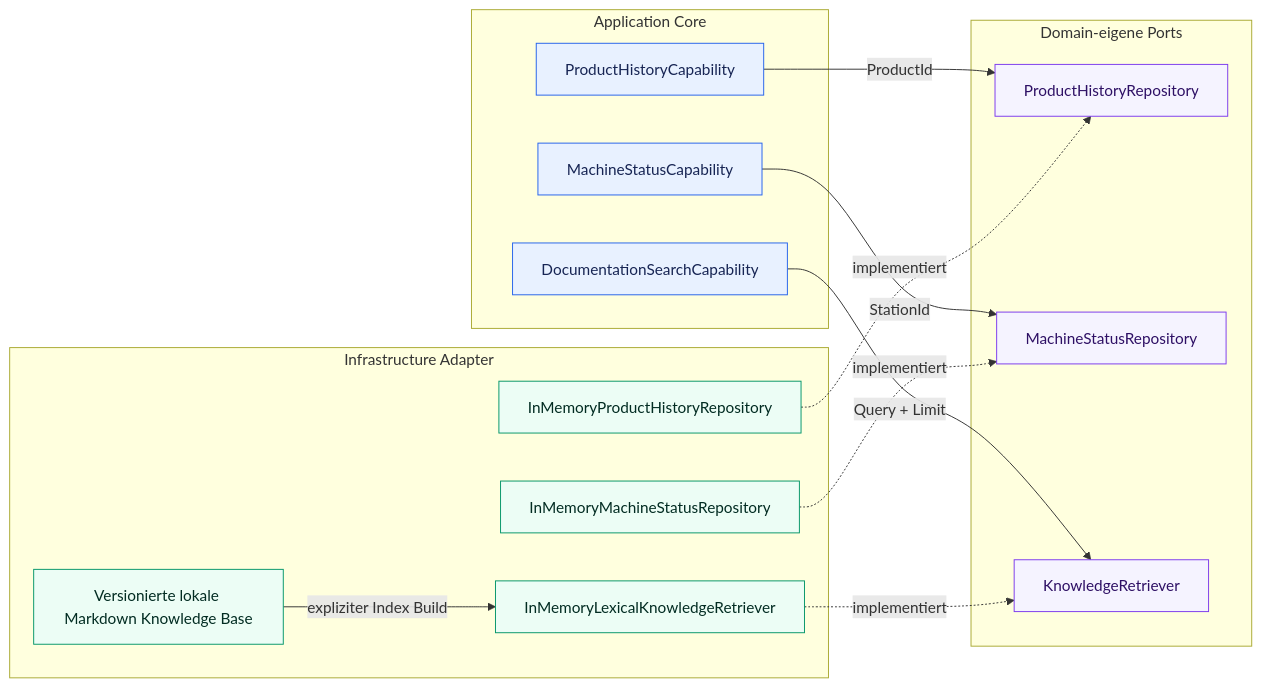
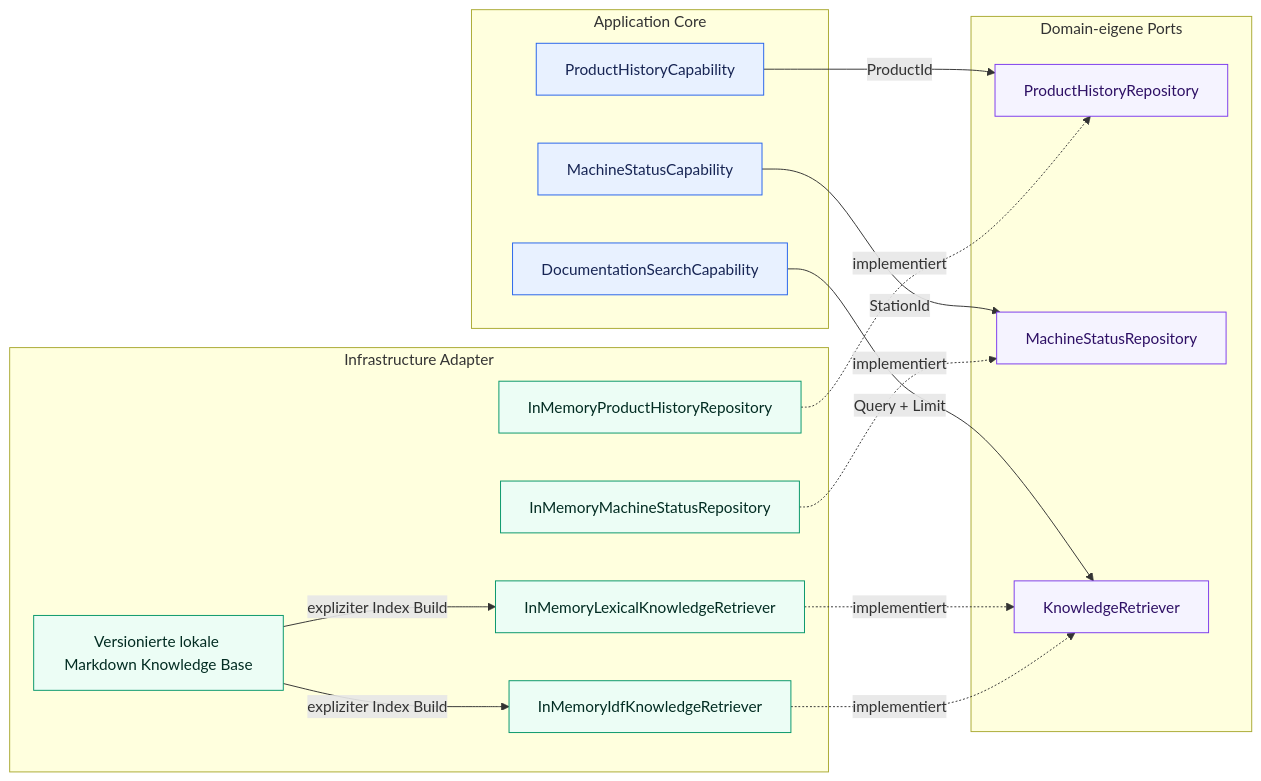
One commit to aboerzel/industrial-ai-agent changed the first of 8 diagrams in docs/architecture/overview.de.md. Above: the diagram before and after it, drawn with Mermaid. The commit also changed other lines of this file and 9 other files, not shown here.

Commit message:
feat: add IDF knowledge retrieval strategy

````diff
--- a/docs/architecture/overview.de.md
+++ b/docs/architecture/overview.de.md
@@ -16,36 +16,39 @@
 ```mermaid
 flowchart LR
     subgraph Core["Application Core"]
         PHC["ProductHistoryCapability"]
         MSC["MachineStatusCapability"]
         DSC["DocumentationSearchCapability"]
     end
 
     subgraph Ports["Domain-eigene Ports"]
         PHR["ProductHistoryRepository"]
         MSR["MachineStatusRepository"]
         KR["KnowledgeRetriever"]
     end
 
     subgraph Infrastructure["Infrastructure Adapter"]
         PHM["InMemoryProductHistoryRepository"]
         MSM["InMemoryMachineStatusRepository"]
         LKR["InMemoryLexicalKnowledgeRetriever"]
+        IDF["InMemoryIdfKnowledgeRetriever"]
         KB["Versionierte lokale Markdown Knowledge Base"]
     end
 
     PHC -->|"ProductId"| PHR
     MSC -->|"StationId"| MSR
     DSC -->|"Query + Limit"| KR
     PHM -.->|"implementiert"| PHR
     MSM -.->|"implementiert"| MSR
     LKR -.->|"implementiert"| KR
+    IDF -.->|"implementiert"| KR
     KB -->|"expliziter Index Build"| LKR
+    KB -->|"expliziter Index Build"| IDF
 
     classDef core fill:#e8f1ff,stroke:#2563eb,color:#172554
     classDef port fill:#f5f3ff,stroke:#7c3aed,color:#2e1065
     classDef adapter fill:#ecfdf5,stroke:#059669,color:#022c22
     class PHC,MSC,DSC core
     class PHR,MSR,KR port
-    class PHM,MSM,LKR,KB adapter
+    class PHM,MSM,LKR,IDF,KB adapter
 ```
````
